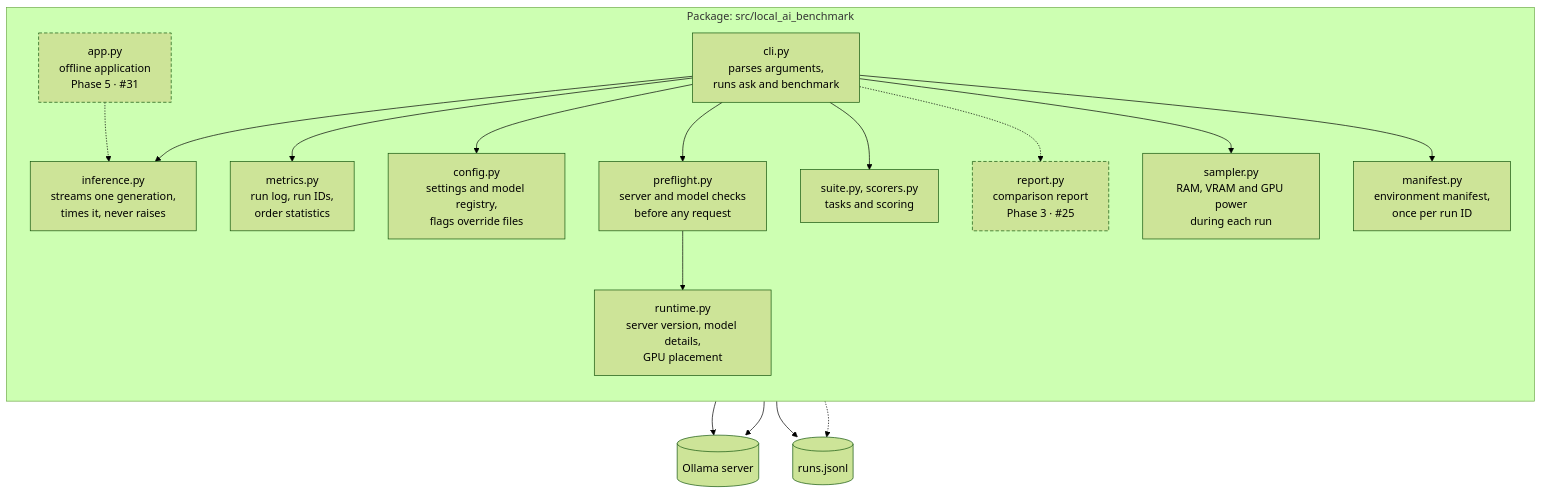
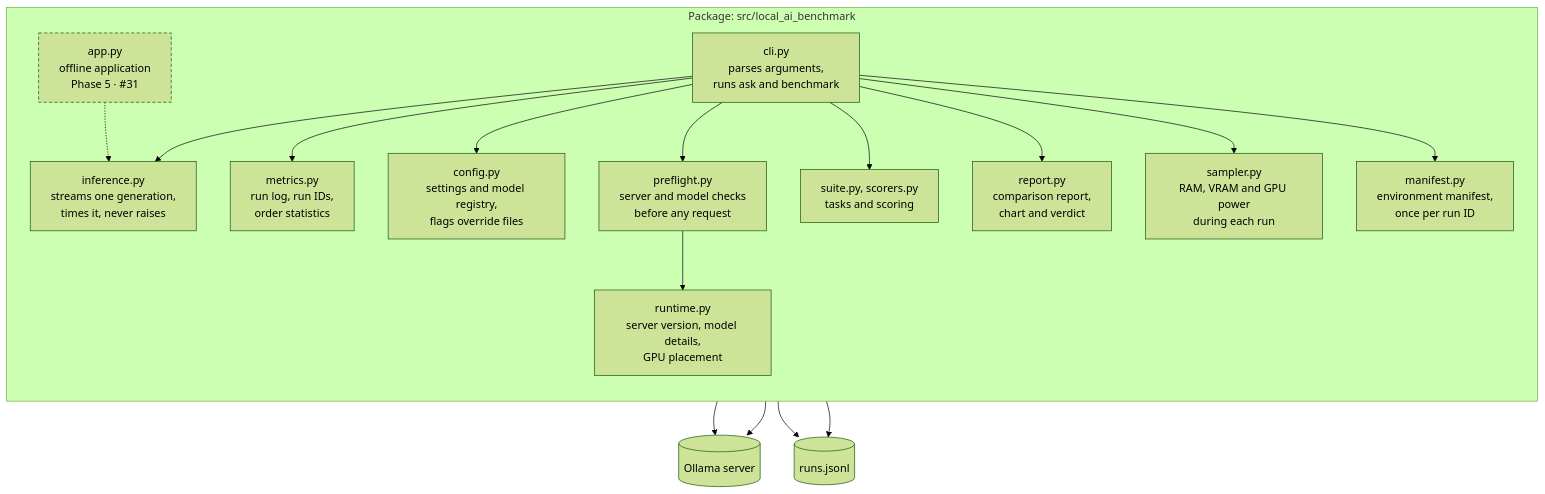
Before and after one commit to saicharan-nidiganti/local-ai-benchmark: the second of 3 diagrams in docs/architecture.md, drawn with Mermaid (forest theme). The commit also changed other lines of this file and 8 other files, not shown here.

First line of the commit message:
feat: report command and the comparison report format (#53)

````diff
--- a/docs/architecture.md
+++ b/docs/architecture.md
@@ -51,34 +51,34 @@
 ```mermaid
 flowchart TB
     subgraph pkg["Package: src/local_ai_benchmark"]
         direction TB
         cli["cli.py<br/>parses arguments,<br/>runs ask and benchmark"]
         inference["inference.py<br/>streams one generation,<br/>times it, never raises"]
         metrics["metrics.py<br/>run log, run IDs,<br/>order statistics"]
         config["config.py<br/>settings and model registry,<br/>flags override files"]
         preflight["preflight.py<br/>server and model checks<br/>before any request"]
         runtimeq["runtime.py<br/>server version, model details,<br/>GPU placement"]
         manifest["manifest.py<br/>environment manifest,<br/>once per run ID"]
         sampler["sampler.py<br/>RAM, VRAM and GPU power<br/>during each run"]
         suite["suite.py, scorers.py<br/>tasks and scoring"]
-        report["report.py<br/>comparison report<br/>Phase 3 · #25"]:::planned
+        report["report.py<br/>comparison report,<br/>chart and verdict"]
         app["app.py<br/>offline application<br/>Phase 5 · #31"]:::planned
     end
     ollama[("Ollama server")]
     log[("runs.jsonl")]
     cli --> inference
     cli --> metrics
     inference --> ollama
     metrics --> log
     cli --> config
     cli --> preflight
     preflight --> runtimeq
     runtimeq --> ollama
     cli --> suite
-    cli -.-> report
+    cli --> report
     cli --> sampler
     cli --> manifest
-    report -.-> log
+    report --> log
     app -.-> inference
     classDef planned stroke-dasharray: 5 3
 ```
````
